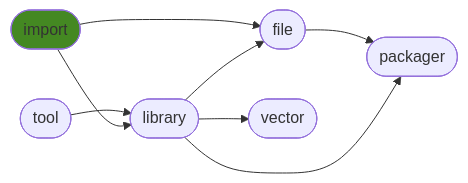
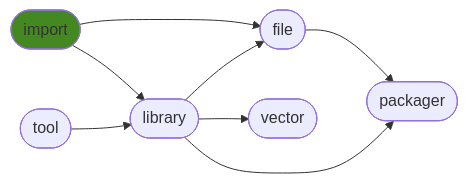
The diagram in README.md (ManderaGeneral/generalimport), drawn with Mermaid before and after one commit. The commit also changed other lines of this file, not shown here.

````diff
--- a/README.md
+++ b/README.md
@@ -28,17 +28,17 @@
 ```mermaid
 flowchart LR
+0([import]) --> 2([library])
+0([import]) --> 3([file])
 1([tool]) --> 2([library])
+2([library]) --> 3([file])
+3([file]) --> 5([packager])
 2([library]) --> 4([vector])
-3([file]) --> 5([packager])
-0([import]) --> 3([file])
-0([import]) --> 2([library])
 2([library]) --> 5([packager])
-2([library]) --> 3([file])
 click 0 "https://github.com/ManderaGeneral/generalimport"
 click 1 "https://github.com/ManderaGeneral/generaltool"
 click 2 "https://github.com/ManderaGeneral/generallibrary"
 click 3 "https://github.com/ManderaGeneral/generalfile"
 click 4 "https://github.com/ManderaGeneral/generalvector"
 click 5 "https://github.com/ManderaGeneral/generalpackager"
 style 0 fill:#482
 ```
````
